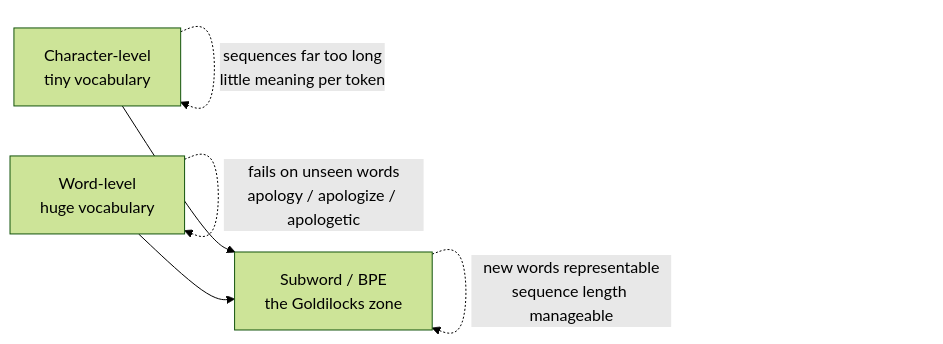
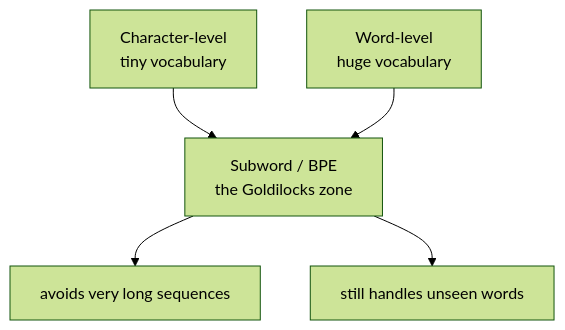
Before and after one commit to sanjaykumarpushadapu/MTech: the seventh of 12 diagrams in 2026-2027-Sem1/AIMLCZG521-ConversationalAI/notes/S01-foundations.md, drawn with Mermaid (forest theme). The commit also changed other lines of this file and 3 other files, not shown here.

````diff
--- a/2026-2027-Sem1/AIMLCZG521-ConversationalAI/notes/S01-foundations.md
+++ b/2026-2027-Sem1/AIMLCZG521-ConversationalAI/notes/S01-foundations.md
@@ -331,8 +330,7 @@
 ```mermaid
-flowchart LR
+flowchart TD
     C["Character-level<br/>tiny vocabulary"] --> G["Subword / BPE<br/>the Goldilocks zone"]
     W["Word-level<br/>huge vocabulary"] --> G
-    C -.->|"sequences far too long<br/>little meaning per token"| C
-    W -.->|"fails on unseen words<br/>apology / apologize / apologetic"| W
-    G -.->|"new words representable<br/>sequence length manageable"| G
+    G --> B1["avoids very long sequences"]
+    G --> B2["still handles unseen words"]
 ```
````
